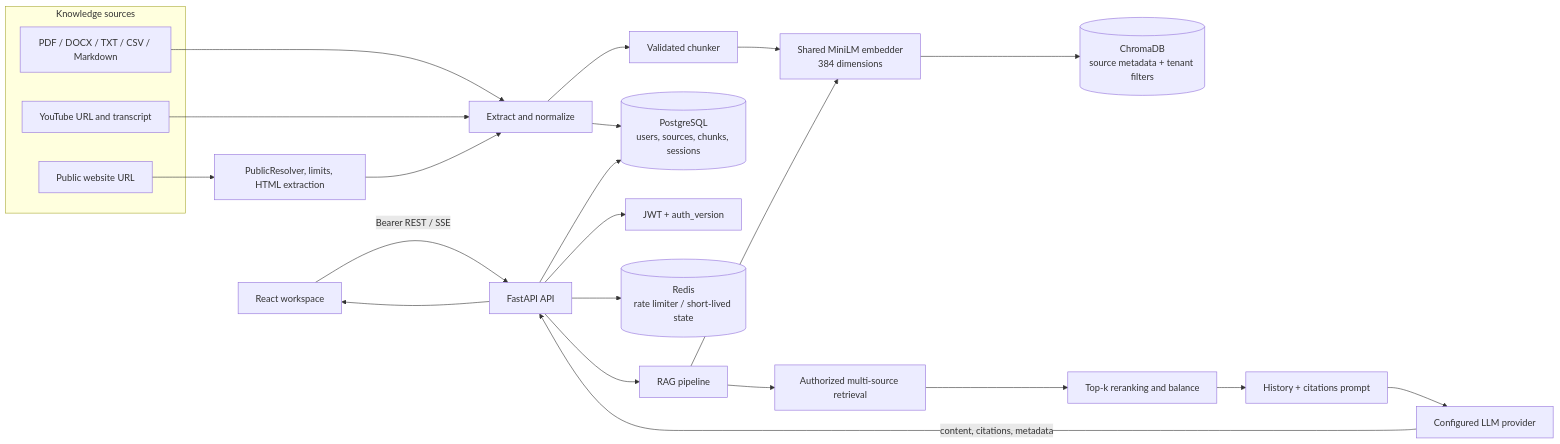
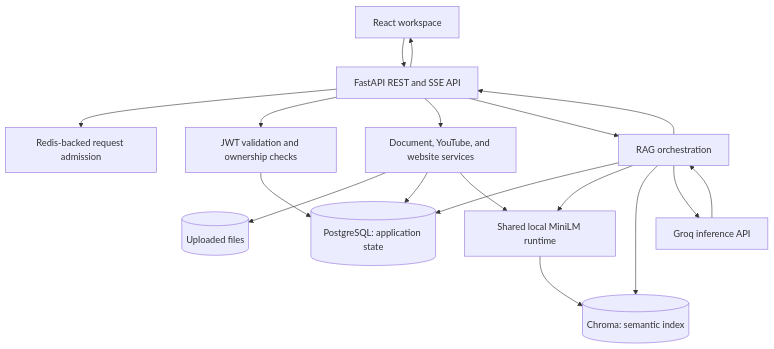
One commit to ANSHU067/RAGFUSION- changed the first of 4 diagrams in README.md. Above: the diagram before and after it, drawn with Mermaid. The commit also changed other lines of this file, not shown here.

Commit message:
docs: update comprehensive README with architecture and interview guide

````diff
--- a/README.md
+++ b/README.md
@@ -64,30 +75,32 @@
 ```mermaid
-flowchart LR
-    subgraph Sources[Knowledge sources]
-        PDF[PDF / DOCX / TXT / CSV / Markdown]
-        YT[YouTube URL and transcript]
-        WEB[Public website URL]
-    end
+flowchart TB
+    UI["React workspace"]
+    API["FastAPI REST and SSE API"]
+    AUTH["JWT validation and ownership checks"]
+    LIMIT["Redis-backed request admission"]
+    INGEST["Document, YouTube, and website services"]
+    RAG["RAG orchestration"]
+    EMB["Shared local MiniLM runtime"]
+    SQL[("PostgreSQL: application state")]
+    VECTOR[("Chroma: semantic index")]
+    FILES[("Uploaded files")]
+    GROQ["Groq inference API"]
 
-    PDF --> EX[Extract and normalize]
-    YT --> EX
-    WEB --> SSRF[PublicResolver, limits, HTML extraction]
-    SSRF --> EX
-    EX --> CHUNK[Validated chunker]
-    CHUNK --> EMB[Shared MiniLM embedder<br/>384 dimensions]
-    EMB --> CHROMA[(ChromaDB<br/>source metadata + tenant filters)]
-    EX --> PG[(PostgreSQL<br/>users, sources, chunks, sessions)]
-
-    Browser[React workspace] -->|Bearer REST / SSE| API[FastAPI API]
-    API --> AUTH[JWT + auth_version]
-    API --> PG
-    API --> REDIS[(Redis<br/>rate limiter / short-lived state)]
-    API --> RAG[RAG pipeline]
+    UI --> API
+    API --> LIMIT
+    API --> AUTH
+    AUTH --> SQL
+    API --> INGEST
+    API --> RAG
+    INGEST --> FILES
+    INGEST --> SQL
+    INGEST --> EMB
+    EMB --> VECTOR
+    RAG --> SQL
     RAG --> EMB
-    RAG --> RETRIEVE[Authorized multi-source retrieval]
-    RETRIEVE --> RERANK[Top-k reranking and balance]
-    RERANK --> PROMPT[History + citations prompt]
-    PROMPT --> LLM[Configured LLM provider]
-    LLM -->|content, citations, metadata| API
-    API --> Browser
+    RAG --> VECTOR
+    RAG --> GROQ
+    GROQ --> RAG
+    RAG --> API
+    API --> UI
 ```
````
